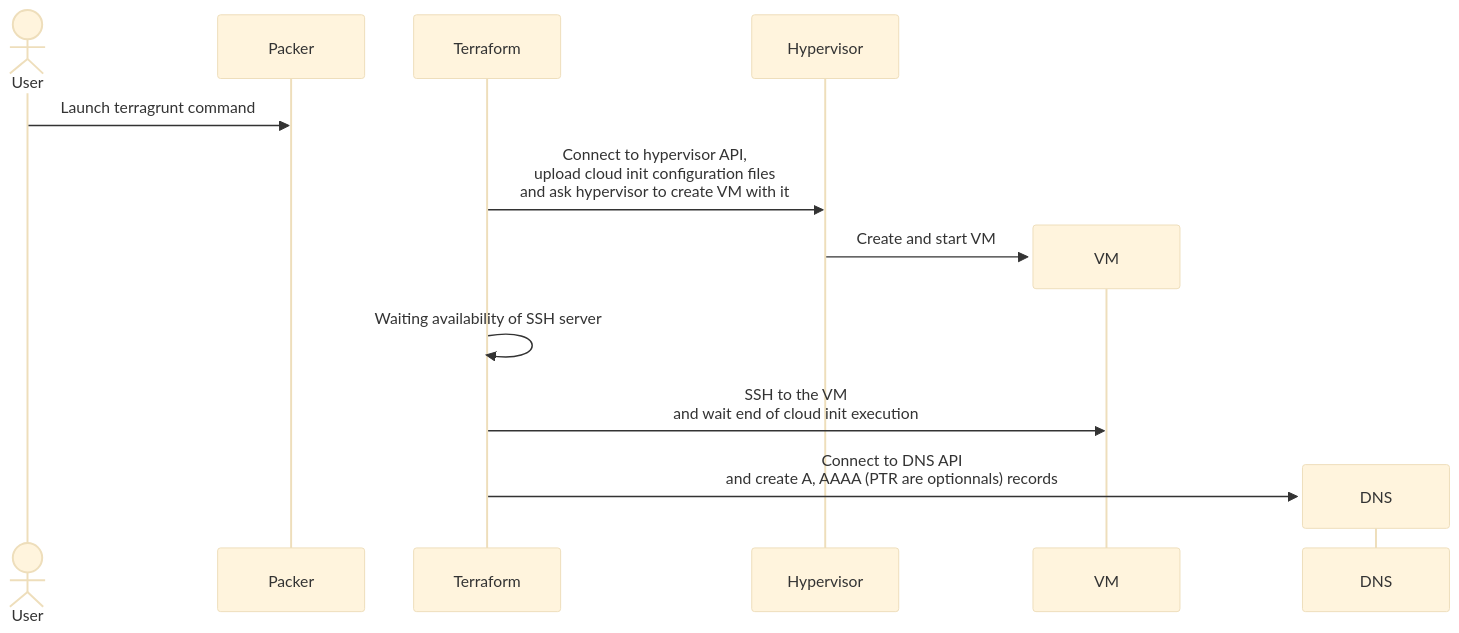
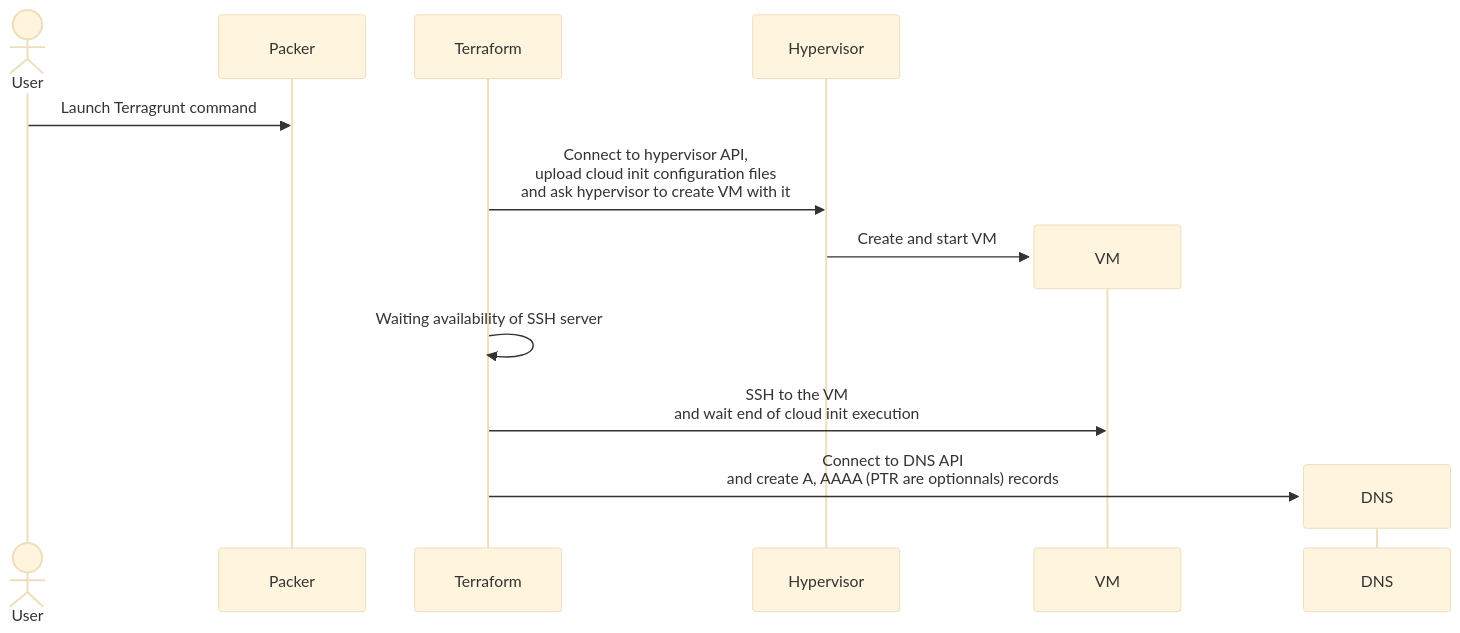
One commit to M0NsTeRRR/homelabv3-infra changed the diagram in docs/guide/terraform/index.md. Above: the diagram before and after it, drawn with Mermaid (base theme). The commit also changed 8 other files, not shown here.

````diff
--- a/docs/guide/terraform/index.md
+++ b/docs/guide/terraform/index.md
@@ -25,12 +25,12 @@
 ```mermaid
 sequenceDiagram
     actor User
-    User->>Packer: Launch terragrunt command
+    User->>Packer: Launch Terragrunt command
     Terraform->>Hypervisor: Connect to hypervisor API,<br>upload cloud init configuration files<br>and ask hypervisor to create VM with it
     create participant VM
     Hypervisor->>VM: Create and start VM
     Terraform->>Terraform: Waiting availability of SSH server
     Terraform->>VM: SSH to the VM<br> and wait end of cloud init execution
     create participant DNS
     Terraform->>DNS: Connect to DNS API<br>and create A, AAAA (PTR are optionnals) records
 ```
````
